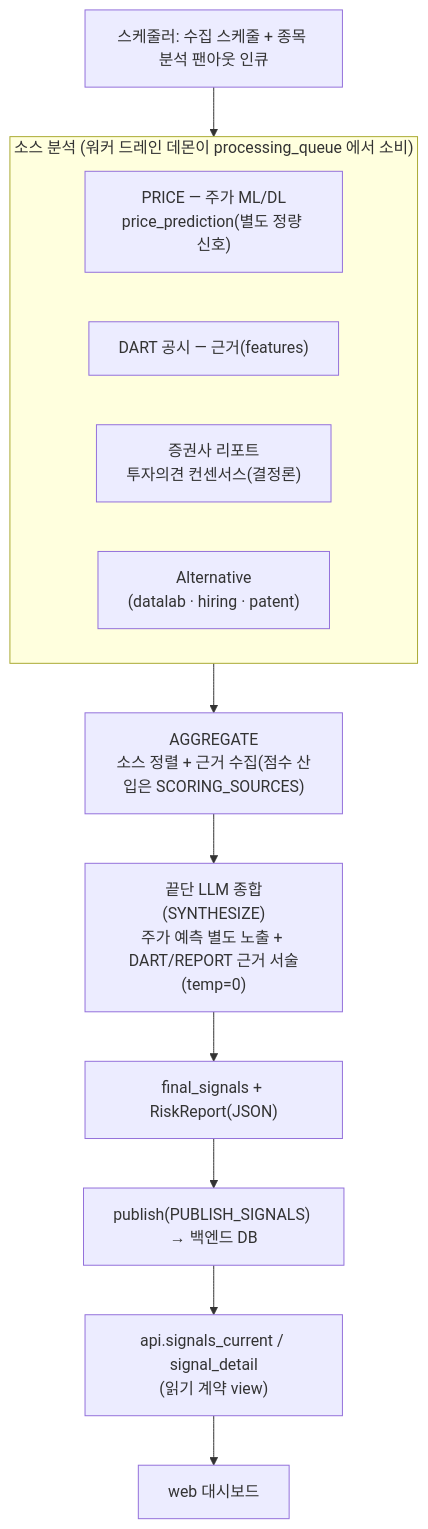
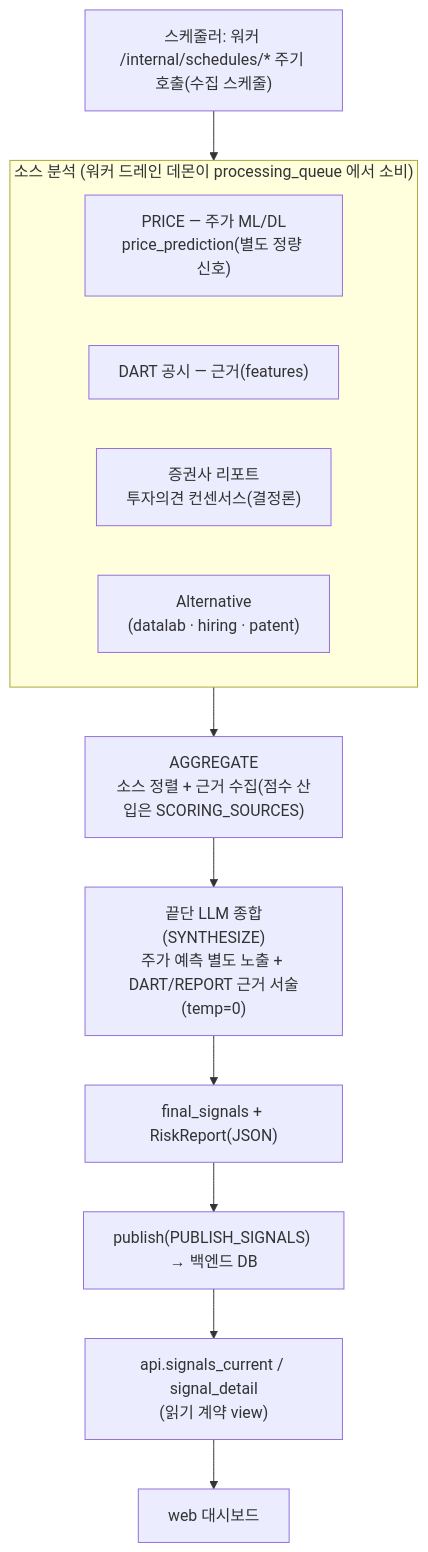
One commit to AIX14-3/signal-alpha changed the third of 3 diagrams in docs/architecture-diagram.md. Above: the diagram before and after it, drawn with Mermaid. The commit also changed other lines of this file and 2 other files, not shown here.

````diff
--- a/docs/architecture-diagram.md
+++ b/docs/architecture-diagram.md
@@ -151,18 +151,18 @@
 ```mermaid
 flowchart TB
-    sch2["스케줄러: 수집 스케줄 + 종목 분석 팬아웃 인큐"]
+    sch2["스케줄러: 워커 /internal/schedules/* 주기 호출(수집 스케줄)"]
     subgraph fan["소스 분석 (워커 드레인 데몬이 processing_queue 에서 소비)"]
         price["PRICE — 주가 ML/DL<br/>price_prediction(별도 정량 신호)"]
         dart["DART 공시 — 근거(features)"]
         report["증권사 리포트<br/>투자의견 컨센서스(결정론)"]
         alt["Alternative<br/>(datalab · hiring · patent)"]
     end
     agg["AGGREGATE<br/>소스 정렬 + 근거 수집(점수 산입은 SCORING_SOURCES)"]
     synth["끝단 LLM 종합(SYNTHESIZE)<br/>주가 예측 별도 노출 + DART/REPORT 근거 서술(temp=0)"]
     fs["final_signals + RiskReport(JSON)"]
     pub["publish(PUBLISH_SIGNALS) → 백엔드 DB"]
     api2["api.signals_current / signal_detail<br/>(읽기 계약 view)"]
     web2["web 대시보드"]
 
     sch2 --> fan --> agg --> synth --> fs --> pub --> api2 --> web2
 ```
````
